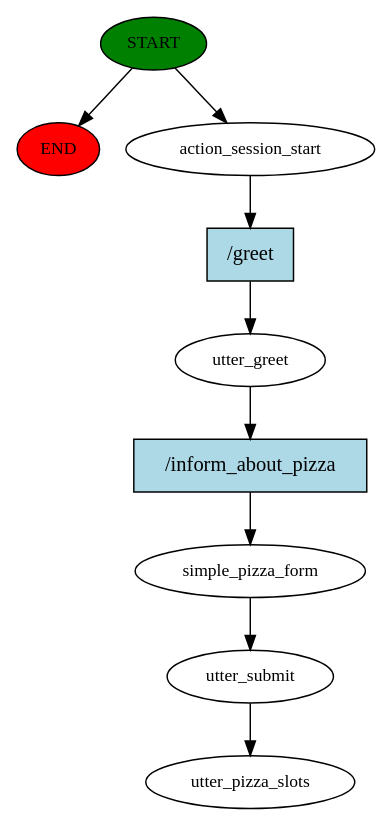
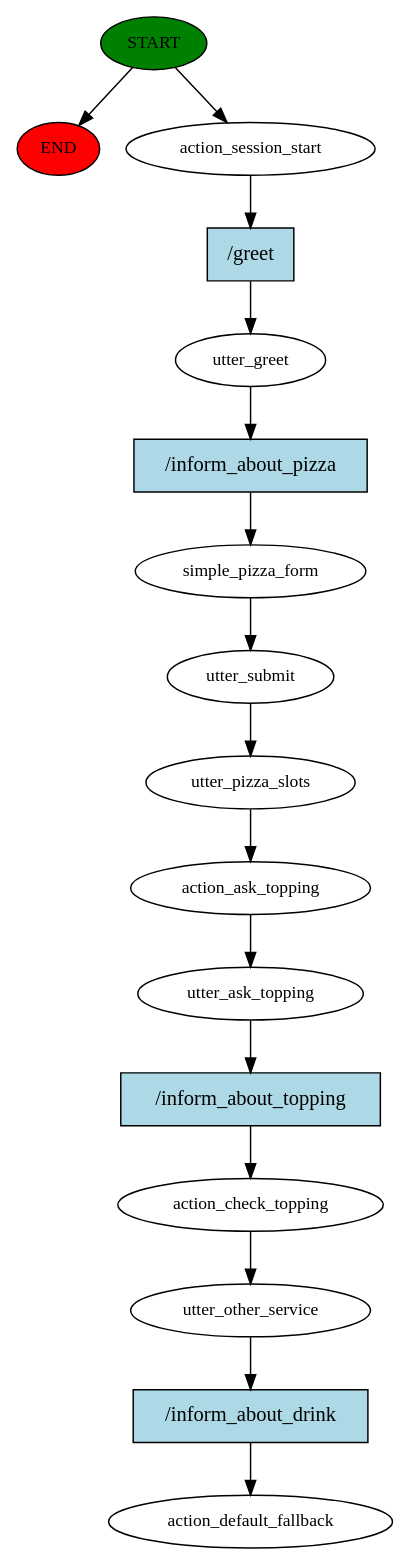
One commit to EdoardoMaines/HumanMachineDialogue-RASA changed the diagram in story_graph.dot. Above: the diagram before and after it, drawn with Graphviz. The commit also changed 20 other files, not shown here.

```diff
--- a/story_graph.dot
+++ b/story_graph.dot
@@ -1,19 +1,33 @@
 digraph  {
 0 [class="start active", fillcolor=green, fontsize=12, label=START, style=filled];
 "-1" [class=end, fillcolor=red, fontsize=12, label=END, style=filled];
 1 [class=active, fontsize=12, label=action_session_start];
 2 [class=active, fontsize=12, label=utter_greet];
 3 [class=active, fontsize=12, label=simple_pizza_form];
 4 [class=active, fontsize=12, label=utter_submit];
-5 [class="dashed active", fontsize=12, label=utter_pizza_slots];
-6 [class="intent active", fillcolor=lightblue, label="/greet", shape=rect, style=filled];
-7 [class="intent active", fillcolor=lightblue, label="/inform_about_pizza", shape=rect, style=filled];
+5 [class=active, fontsize=12, label=utter_pizza_slots];
+6 [class=active, fontsize=12, label=action_ask_topping];
+7 [class=active, fontsize=12, label=utter_ask_topping];
+8 [class=active, fontsize=12, label=action_check_topping];
+9 [class=active, fontsize=12, label=utter_other_service];
+10 [class="dashed active", fontsize=12, label=action_default_fallback];
+11 [class="intent active", fillcolor=lightblue, label="/greet", shape=rect, style=filled];
+12 [class="intent active", fillcolor=lightblue, label="/inform_about_pizza", shape=rect, style=filled];
+13 [class="intent active", fillcolor=lightblue, label="/inform_about_topping", shape=rect, style=filled];
+14 [class="intent active", fillcolor=lightblue, label="/inform_about_drink", shape=rect, style=filled];
 0 -> "-1"  [class="", key=NONE, label=""];
 0 -> 1  [class=active, key=NONE, label=""];
-1 -> 6  [class=active, key=0];
-2 -> 7  [class=active, key=0];
+1 -> 11  [class=active, key=0];
+2 -> 12  [class=active, key=0];
 3 -> 4  [class=active, key=NONE, label=""];
 4 -> 5  [class=active, key=NONE, label=""];
-6 -> 2  [class=active, key=0];
-7 -> 3  [class=active, key=0];
+5 -> 6  [class=active, key=NONE, label=""];
+6 -> 7  [class=active, key=NONE, label=""];
+7 -> 13  [class=active, key=0];
+8 -> 9  [class=active, key=NONE, label=""];
+9 -> 14  [class=active, key=0];
+11 -> 2  [class=active, key=0];
+12 -> 3  [class=active, key=0];
+13 -> 8  [class=active, key=0];
+14 -> 10  [class=active, key=0];
 }
```
